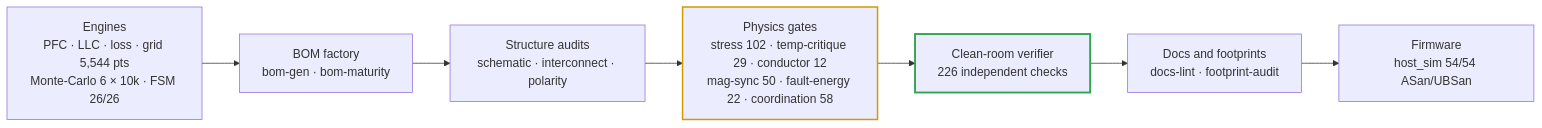
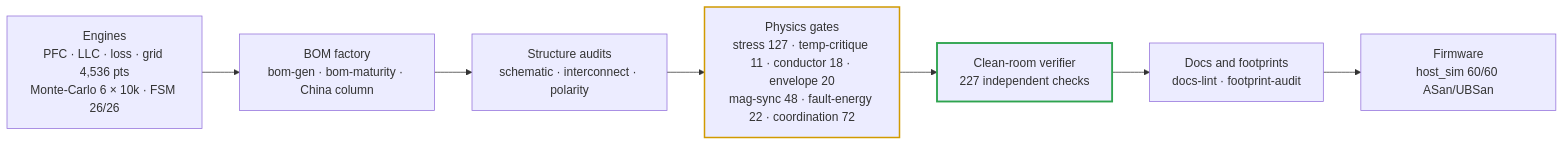
The third of 4 diagrams in README.md (vectivolt/DC-Modules), drawn with Mermaid before and after one commit. The commit also changed other lines of this file and 121 other files, not shown here.

First line of the commit message:
E69e + E69 sync: 2U cost scenario, docs and register brought to E67–E69, stale gates fixed

````diff
--- a/README.md
+++ b/README.md
@@ -110,11 +114,11 @@
 ```mermaid
 flowchart LR
-  E["Engines<br/>PFC · LLC · loss · grid 5,544 pts<br/>Monte-Carlo 6 × 10k · FSM 26/26"] --> B["BOM factory<br/>bom-gen · bom-maturity"]
+  E["Engines<br/>PFC · LLC · loss · grid 4,536 pts<br/>Monte-Carlo 6 × 10k · FSM 26/26"] --> B["BOM factory<br/>bom-gen · bom-maturity · China column"]
   B --> S["Structure audits<br/>schematic · interconnect · polarity"]
-  S --> P["Physics gates<br/>stress 102 · temp-critique 29 · conductor 12<br/>mag-sync 50 · fault-energy 22 · coordination 58"]
-  P --> I["Clean-room verifier<br/>226 independent checks"]
+  S --> P["Physics gates<br/>stress 127 · temp-critique 11 · conductor 18 · envelope 20<br/>mag-sync 48 · fault-energy 22 · coordination 72"]
+  P --> I["Clean-room verifier<br/>227 independent checks"]
   I --> D["Docs and footprints<br/>docs-lint · footprint-audit"]
-  D --> F["Firmware<br/>host_sim 54/54 ASan/UBSan"]
+  D --> F["Firmware<br/>host_sim 60/60 ASan/UBSan"]
   style I stroke:#2ea44f,stroke-width:2.5px
   style P stroke:#d19a00,stroke-width:2px
 ```
````
